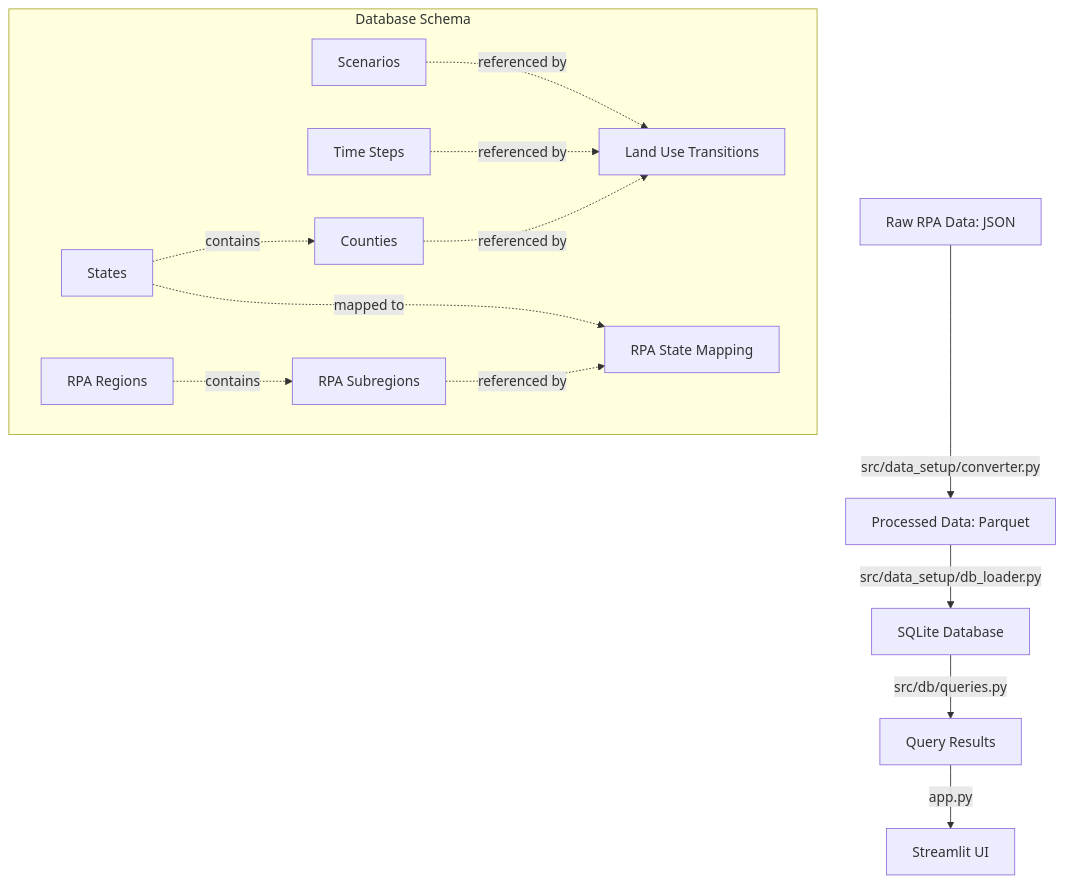
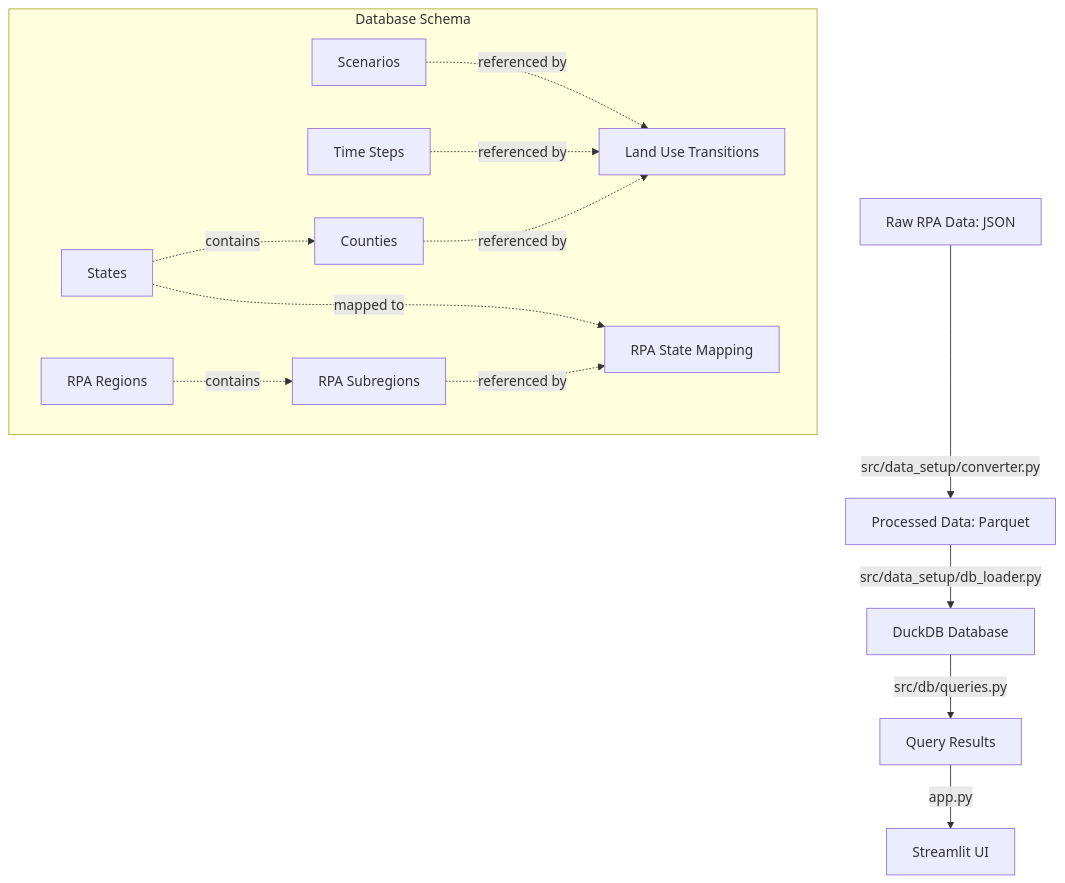
One commit to mihiarc/rpa-landuse-viewer changed the second of 2 diagrams in docs/DATABASE_SCHEMA.md. Above: the diagram before and after it, drawn with Mermaid. The commit also changed other lines of this file and 25839 other files, not shown here.

````diff
--- a/docs/DATABASE_SCHEMA.md
+++ b/docs/DATABASE_SCHEMA.md
@@ -411,17 +398,17 @@
 ```mermaid
 flowchart TD
     A[Raw RPA Data: JSON] -->|src/data_setup/converter.py| B[Processed Data: Parquet]
-    B -->|src/data_setup/db_loader.py| C[SQLite Database]
+    B -->|src/data_setup/db_loader.py| C[DuckDB Database]
     C -->|src/db/queries.py| D[Query Results]
     D -->|app.py| E[Streamlit UI]
     
     subgraph Database["Database Schema"]
         F[Scenarios] -.->|referenced by| I[Land Use Transitions]
         H[Time Steps] -.->|referenced by| I
         G[Counties] -.->|referenced by| I
         M[States] -.->|contains| G
         M -.->|mapped to| L[RPA State Mapping]
         J[RPA Regions] -.->|contains| K[RPA Subregions]
         K -.->|referenced by| L
     end
 ```
````
